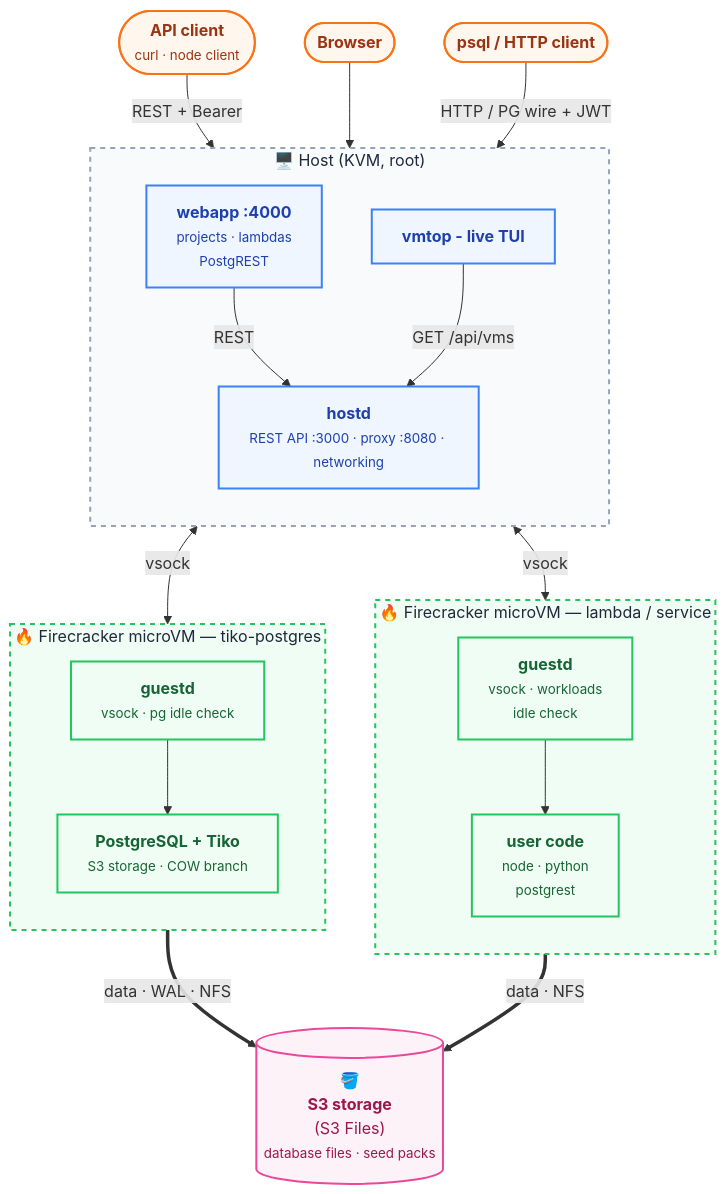
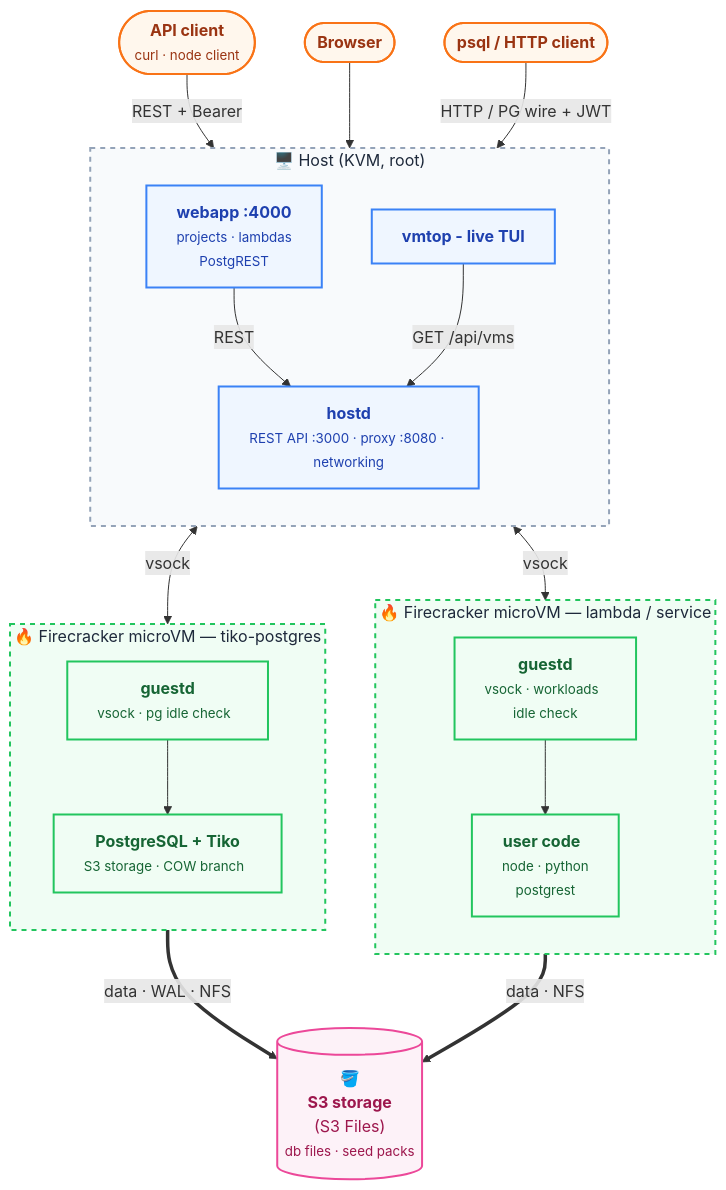
The diagram in README.md (burmecia/tikovm), drawn with Mermaid before and after one commit.

Commit message:
update README diagram

````diff
--- a/README.md
+++ b/README.md
@@ -48,55 +48,55 @@
 ```mermaid
 %%{init: {"themeVariables": {"titleColor": "#1e293b", "clusterBkg": "#f8fafc", "clusterBorder": "#94a3b8"}}}%%
 flowchart TB
   Client(["<b>API client</b><br/><small>curl · node client</small>"])
   Browser(["<b>Browser</b>"])
   Psql(["<b>psql / HTTP client</b>"])
 
   subgraph Host ["🖥️ Host (KVM, root)"]
     direction TB
     Hostd["<b>hostd</b><br/><small>REST API :3000 · proxy :8080 · networking</small>"]
     Webapp["<b>webapp :4000</b><br/><small>projects · lambdas<br/>PostgREST</small>"]
     Vmtop["<b>vmtop - live TUI</b>"]
   end
 
   subgraph VM1 ["🔥 Firecracker microVM — lambda / service"]
     direction TB
-    Guest1["<b>guestd</b><br/><small>vsock · workloads<br/>idle check</small>"]
-    App1["<b>user code</b><br/><small>node · python<br/>postgrest</small>"]
+    Guest1["<b>guestd</b><br/><small>vsock · workloads&nbsp;&nbsp;<br/>idle check</small>"]
+    App1["<b>user code&nbsp;&nbsp;</b><br/><small>node · python<br/>postgrest</small>"]
     Guest1 --> App1
   end
 
   subgraph VM2 ["🔥 Firecracker microVM — tiko-postgres"]
     direction TB
-    Guest2["<b>guestd</b><br/><small>vsock · pg idle check</small>"]
-    PG2["<b>PostgreSQL + Tiko</b><br/><small>S3 storage · COW branch</small>"]
+    Guest2["<b>guestd</b><br/><small>vsock · pg idle check&nbsp;&nbsp;</small>"]
+    PG2["<b>PostgreSQL + Tiko</b><br/><small>S3 storage · COW branch&nbsp;&nbsp;</small>"]
     Guest2 --> PG2
   end
 
-  S3[("🪣<br/><b>S3 storage</b><br/>(S3 Files)<br/><small>database files · seed packs</small>")]
+  S3[("🪣<br/><b>S3 storage</b><br/>(S3 Files)<br/><small>db files · seed packs</small>")]
 
   Client -->|REST + Bearer| Hostd
   Browser --> Webapp
   Webapp -->|REST| Hostd
   Vmtop -->|GET /api/vms| Hostd
   Psql -->|HTTP / PG wire + JWT| Hostd
   Hostd <-->|vsock| Guest1
   Hostd <-->|vsock| Guest2
   PG2 ==>|data · WAL · NFS| S3
   App1 ==>|data · NFS| S3
 
   classDef client fill:#fff7ed,stroke:#f97316,stroke-width:2px,color:#9a3412
   classDef control fill:#eff6ff,stroke:#3b82f6,stroke-width:2px,color:#1e40af
   classDef vm fill:#f0fdf4,stroke:#22c55e,stroke-width:2px,color:#166534
   classDef storage fill:#fdf2f8,stroke:#ec4899,stroke-width:2px,color:#9d174d
 
   class Client,Browser,Psql client
   class Hostd,Webapp,Vmtop control
   class Guest1,App1,Guest2,PG2 vm
   class S3 storage
 
   style Host fill:#f8fafc,stroke:#94a3b8,stroke-width:2px,stroke-dasharray:5 5
   style VM1 fill:#f0fdf4,stroke:#22c55e,stroke-width:2px,stroke-dasharray:5 5
   style VM2 fill:#f0fdf4,stroke:#22c55e,stroke-width:2px,stroke-dasharray:5 5
   style S3 fill:#fdf2f8,stroke:#ec4899,stroke-width:2px
 ```
````
